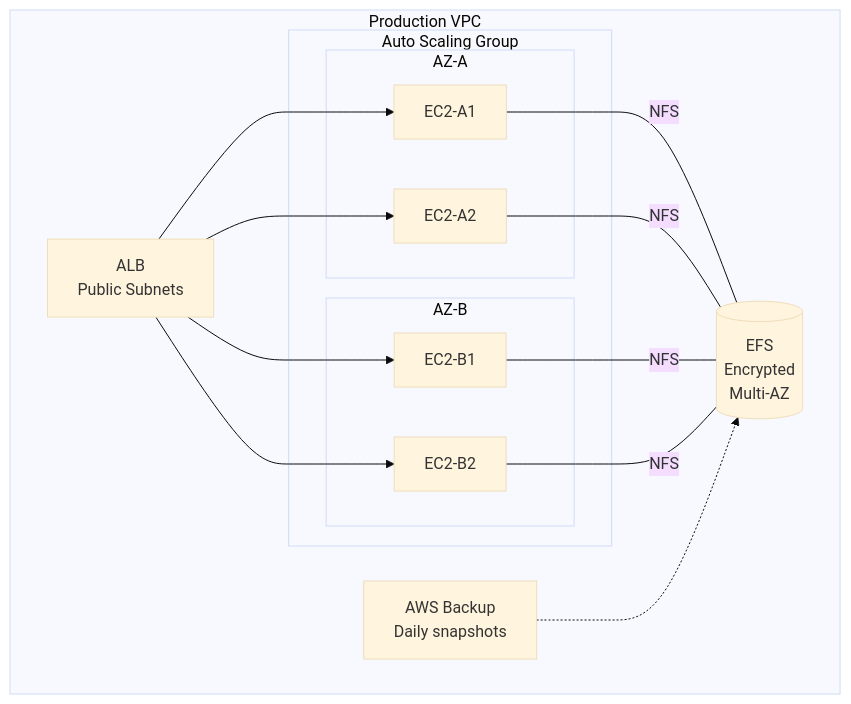
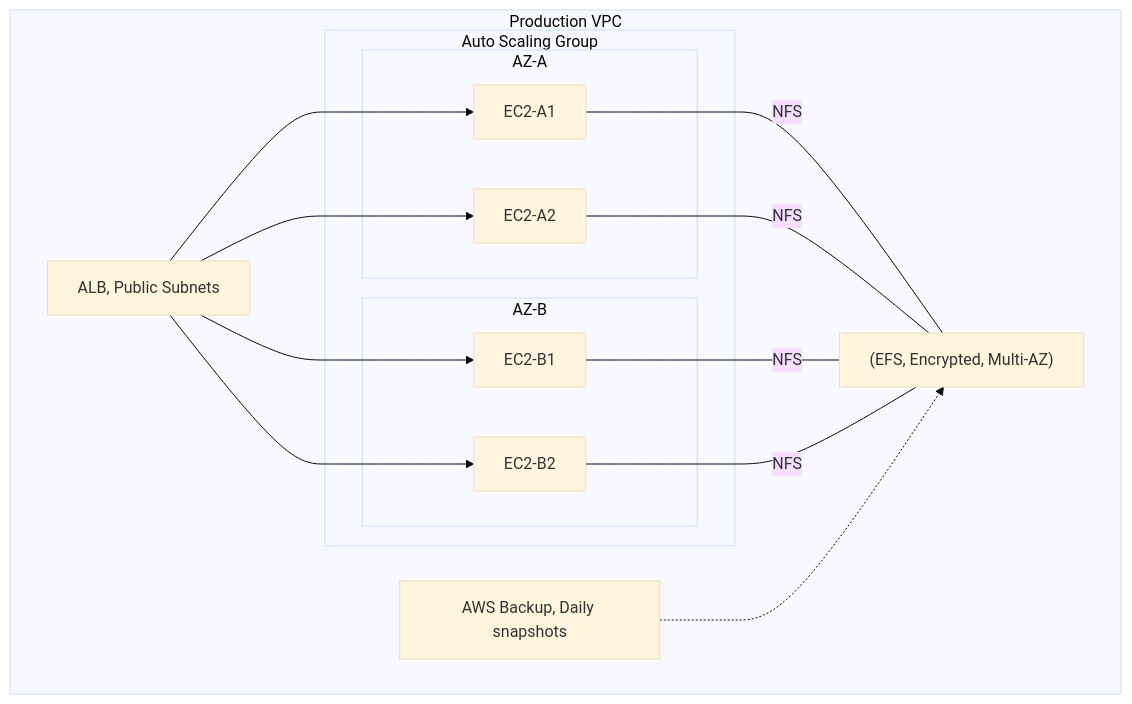
One commit to DeeptiShuklaProject/Uday_AWS changed the third of 4 diagrams in Chapter_40_Amazon_EFS.md. Above: the diagram before and after it, drawn with Mermaid (base theme). The commit also changed other lines of this file and 34 other files, not shown here.

Commit message:
Fix mermaid diagrams syntax across all chapters (quote labels and remove HTML)

````diff
--- a/Chapter_40_Amazon_EFS.md
+++ b/Chapter_40_Amazon_EFS.md
@@ -545,32 +545,32 @@
 ```mermaid
 flowchart TD
     subgraph VPC["Production VPC"]
-        ALB[ALB<br>Public Subnets]
+        ALB["ALB, Public Subnets"]
         
         subgraph ASG["Auto Scaling Group"]
             subgraph AZA["AZ-A"]
                 EC2A1[EC2-A1]
                 EC2A2[EC2-A2]
             end
             subgraph AZB["AZ-B"]
                 EC2B1[EC2-B1]
                 EC2B2[EC2-B2]
             end
         end
         
-        EFS[(EFS<br>Encrypted<br>Multi-AZ)]
+        EFS["(EFS, Encrypted, Multi-AZ)"]
         
         ALB --> EC2A1
         ALB --> EC2A2
         ALB --> EC2B1
         ALB --> EC2B2
         
         EC2A1 ---|NFS| EFS
         EC2A2 ---|NFS| EFS
         EC2B1 ---|NFS| EFS
         EC2B2 ---|NFS| EFS
         
-        Backup[AWS Backup<br>Daily snapshots]
+        Backup["AWS Backup, Daily snapshots"]
         Backup -.-> EFS
     end
 ```
````
